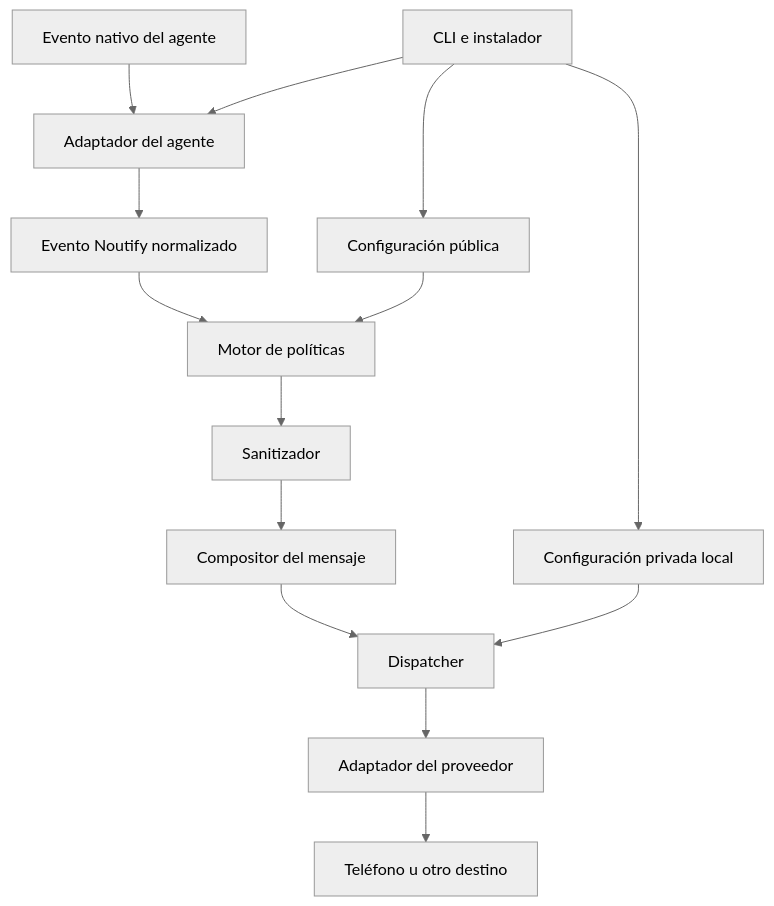
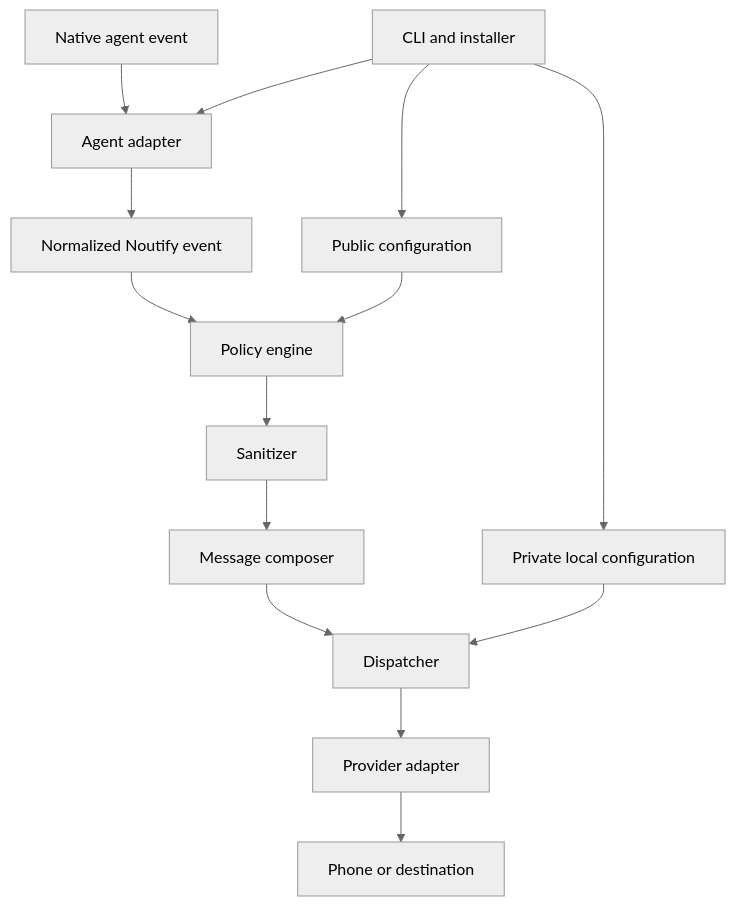
Before and after one commit to karel245/noutify: the diagram in NOUTIFY_CONTEXT.md, drawn with Mermaid (neutral theme). The commit also changed other lines of this file and 2 other files, not shown here.

Commit message:
docs: simplify project-local installation

````diff
--- a/NOUTIFY_CONTEXT.md
+++ b/NOUTIFY_CONTEXT.md
@@ -268,17 +212,17 @@
 ```mermaid
 flowchart TD
-    A["Evento nativo del agente"] --> B["Adaptador del agente"]
-    B --> C["Evento Noutify normalizado"]
-    C --> D["Motor de políticas"]
-    D --> E["Sanitizador"]
-    E --> F["Compositor del mensaje"]
+    A["Native agent event"] --> B["Agent adapter"]
+    B --> C["Normalized Noutify event"]
+    C --> D["Policy engine"]
+    D --> E["Sanitizer"]
+    E --> F["Message composer"]
     F --> G["Dispatcher"]
-    G --> H["Adaptador del proveedor"]
-    H --> I["Teléfono u otro destino"]
+    G --> H["Provider adapter"]
+    H --> I["Phone or destination"]
 
-    J["Configuración pública"] --> D
-    K["Configuración privada local"] --> G
-    L["CLI e instalador"] --> B
+    J["Public configuration"] --> D
+    K["Private local configuration"] --> G
+    L["CLI and installer"] --> B
     L --> J
     L --> K
 ```
````
